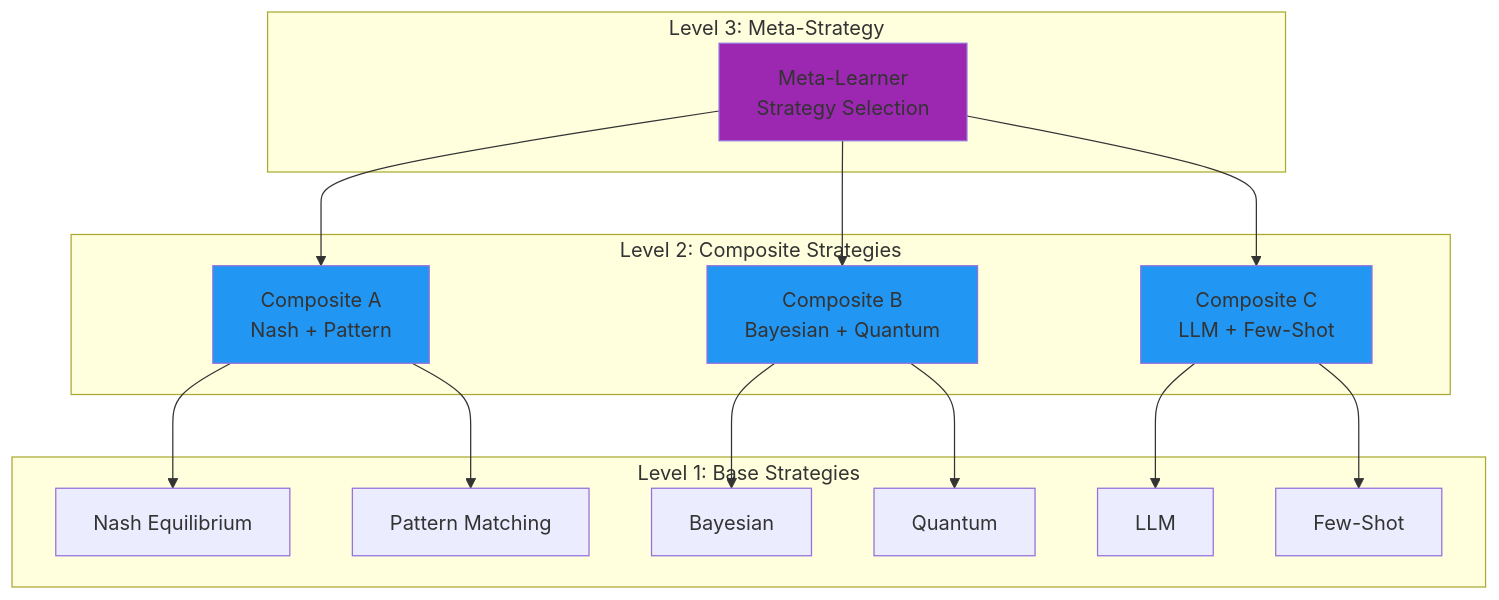
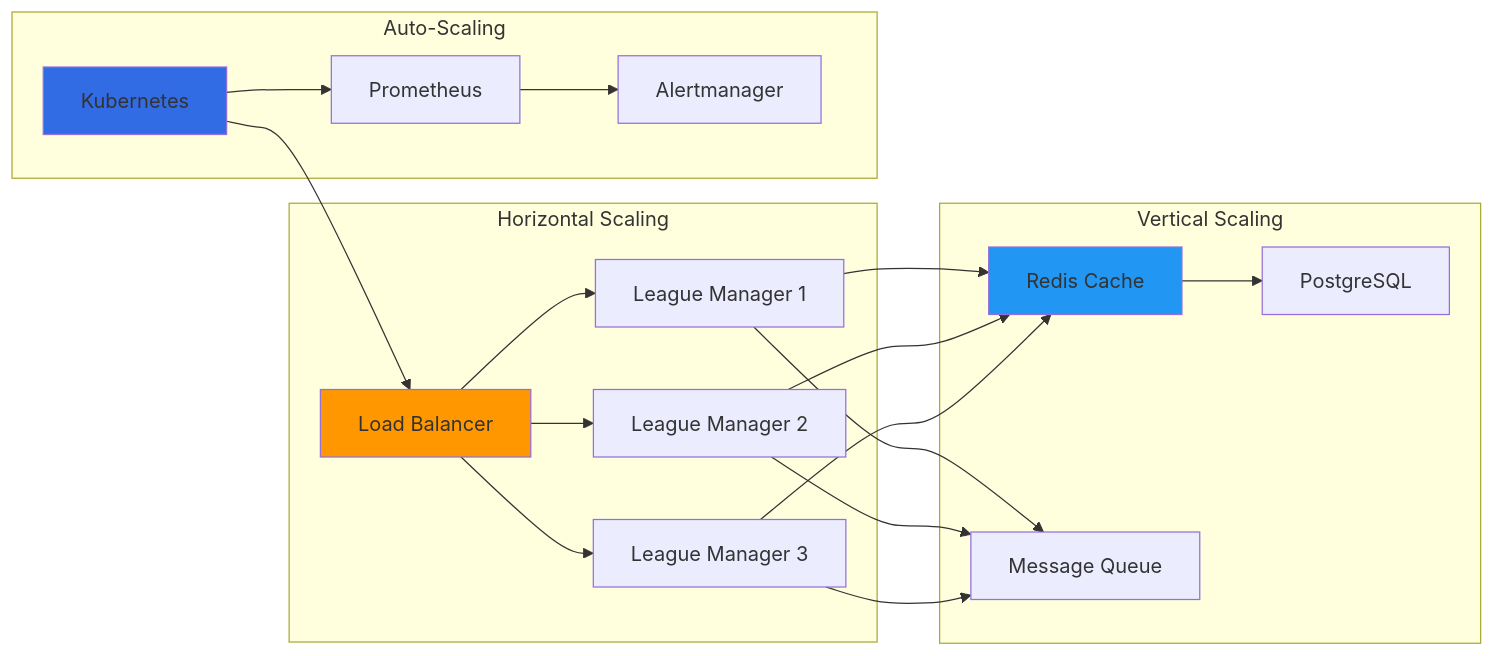
One commit to fouada/Assignment7_mcp-multi-agent-game changed the tenth of 18 diagrams in README.md. Above: the diagram before and after it, drawn with Mermaid. The commit also changed other lines of this file and 3 other files, not shown here.

````diff
--- a/README.md
+++ b/README.md
@@ -430,37 +660,42 @@
 ```mermaid
-graph TB
-    subgraph "Level 3: Meta-Strategy"
-        META[Meta-Learner<br/>Strategy Selection]
+graph LR
+    subgraph "Horizontal Scaling"
+        LB[Load Balancer]
+        LM1[League Manager 1]
+        LM2[League Manager 2]
+        LM3[League Manager 3]
     end
 
-    subgraph "Level 2: Composite Strategies"
-        COMP1[Composite A<br/>Nash + Pattern]
-        COMP2[Composite B<br/>Bayesian + Quantum]
-        COMP3[Composite C<br/>LLM + Few-Shot]
+    subgraph "Vertical Scaling"
+        CACHE[Redis Cache]
+        DB[PostgreSQL]
+        QUEUE[Message Queue]
     end
 
-    subgraph "Level 1: Base Strategies"
-        BASE1[Nash Equilibrium]
-        BASE2[Pattern Matching]
-        BASE3[Bayesian]
-        BASE4[Quantum]
-        BASE5[LLM]
-        BASE6[Few-Shot]
+    subgraph "Auto-Scaling"
+        K8S[Kubernetes]
+        METRICS[Prometheus]
+        ALERT[Alertmanager]
     end
 
-    META --> COMP1
-    META --> COMP2
-    META --> COMP3
+    LB --> LM1
+    LB --> LM2
+    LB --> LM3
+    
+    LM1 --> CACHE
+    LM2 --> CACHE
+    LM3 --> CACHE
+    
+    CACHE --> DB
+    LM1 --> QUEUE
+    LM2 --> QUEUE
+    LM3 --> QUEUE
+    
+    K8S --> LB
+    K8S --> METRICS
+    METRICS --> ALERT
 
-    COMP1 --> BASE1
-    COMP1 --> BASE2
-    COMP2 --> BASE3
-    COMP2 --> BASE4
-    COMP3 --> BASE5
-    COMP3 --> BASE6
-
-    style META fill:#9C27B0
-    style COMP1 fill:#2196F3
-    style COMP2 fill:#2196F3
-    style COMP3 fill:#2196F3
+    style LB fill:#FF9800
+    style CACHE fill:#2196F3
+    style K8S fill:#326CE5
 ```
````
